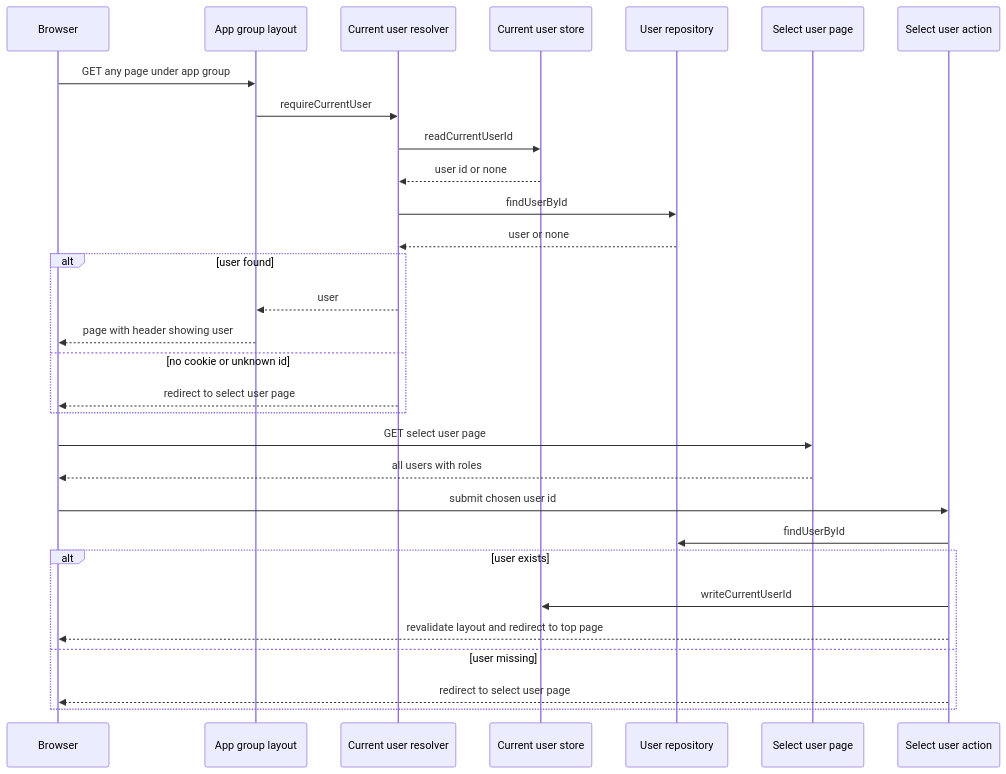
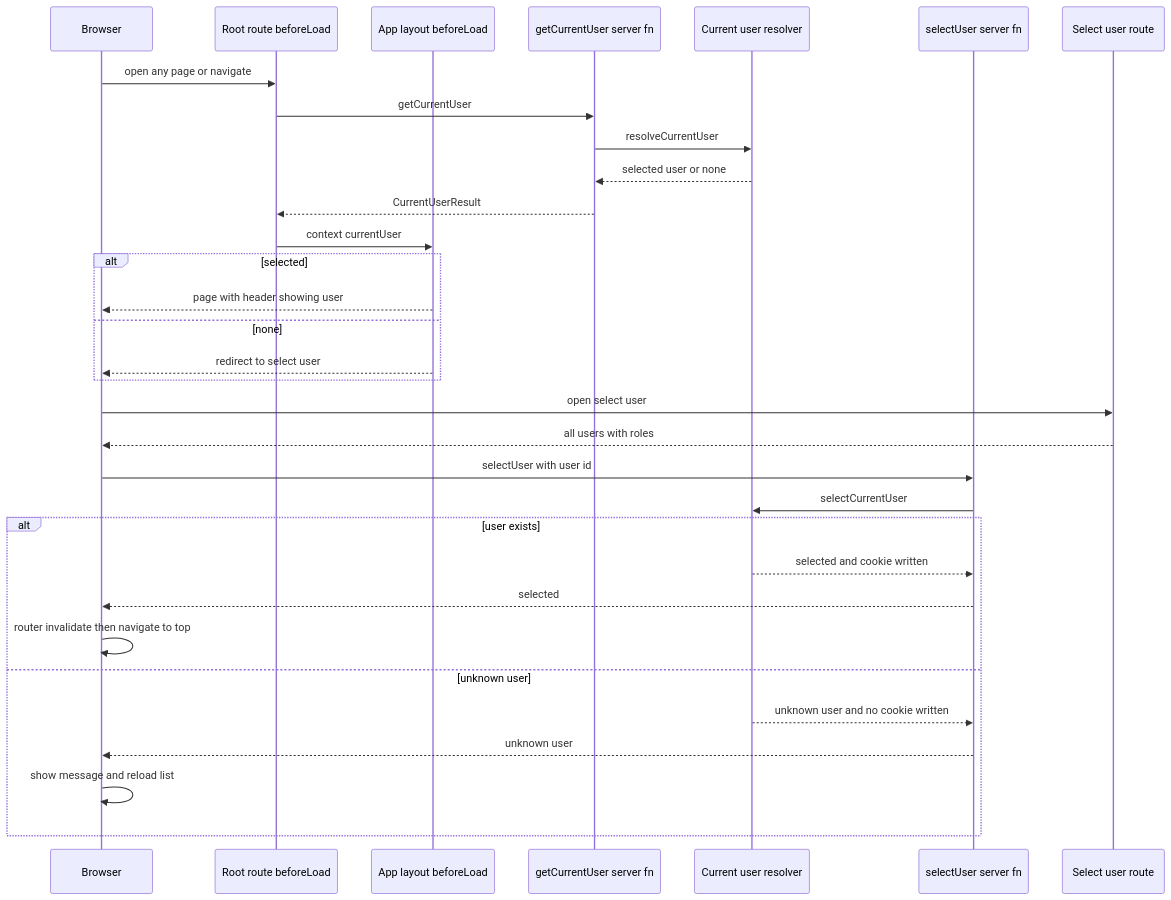
The second of 4 diagrams in .kiro/specs/app-foundation/design.md (syakoo/expt-sdd-expense-tracker), drawn with Mermaid before and after one commit. The commit also changed other lines of this file and 5 other files, not shown here.

````diff
--- a/.kiro/specs/app-foundation/design.md
+++ b/.kiro/specs/app-foundation/design.md
@@ -202,33 +287,35 @@
 ```mermaid
 sequenceDiagram
     participant B as Browser
-    participant L as App group layout
+    participant RR as Root route beforeLoad
+    participant AL as App layout beforeLoad
+    participant F as getCurrentUser server fn
     participant CU as Current user resolver
-    participant S as Current user store
-    participant R as User repository
-    participant P as Select user page
-    participant A as Select user action
+    participant SU as selectUser server fn
+    participant P as Select user route
 
-    B->>L: GET any page under app group
-    L->>CU: requireCurrentUser
-    CU->>S: readCurrentUserId
-    S-->>CU: user id or none
-    CU->>R: findUserById
-    R-->>CU: user or none
-    alt user found
-        CU-->>L: user
-        L-->>B: page with header showing user
-    else no cookie or unknown id
-        CU-->>B: redirect to select user page
+    B->>RR: open any page or navigate
+    RR->>F: getCurrentUser
+    F->>CU: resolveCurrentUser
+    CU-->>F: selected user or none
+    F-->>RR: CurrentUserResult
+    RR->>AL: context currentUser
+    alt selected
+        AL-->>B: page with header showing user
+    else none
+        AL-->>B: redirect to select user
     end
-    B->>P: GET select user page
+    B->>P: open select user
     P-->>B: all users with roles
-    B->>A: submit chosen user id
-    A->>R: findUserById
+    B->>SU: selectUser with user id
+    SU->>CU: selectCurrentUser
     alt user exists
-        A->>S: writeCurrentUserId
-        A-->>B: revalidate layout and redirect to top page
-    else user missing
-        A-->>B: redirect to select user page
+        CU-->>SU: selected and cookie written
+        SU-->>B: selected
+        B->>B: router invalidate then navigate to top
+    else unknown user
+        CU-->>SU: unknown user and no cookie written
+        SU-->>B: unknown user
+        B->>B: show message and reload list
     end
 ```
````
